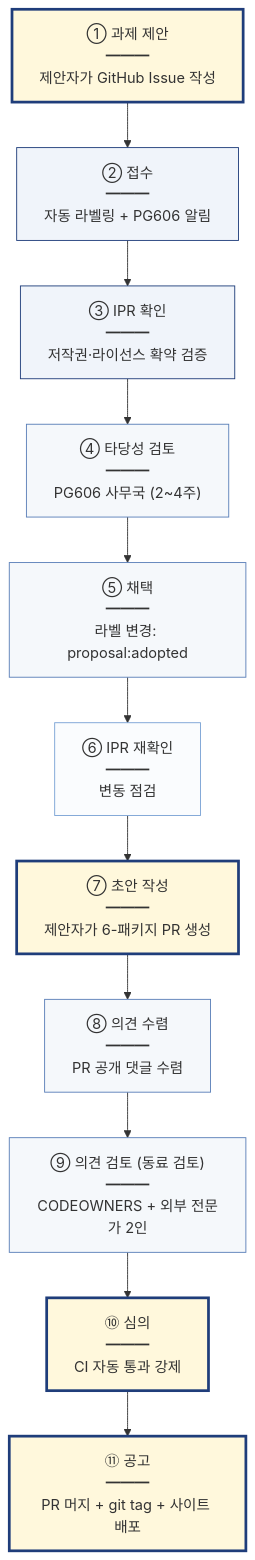
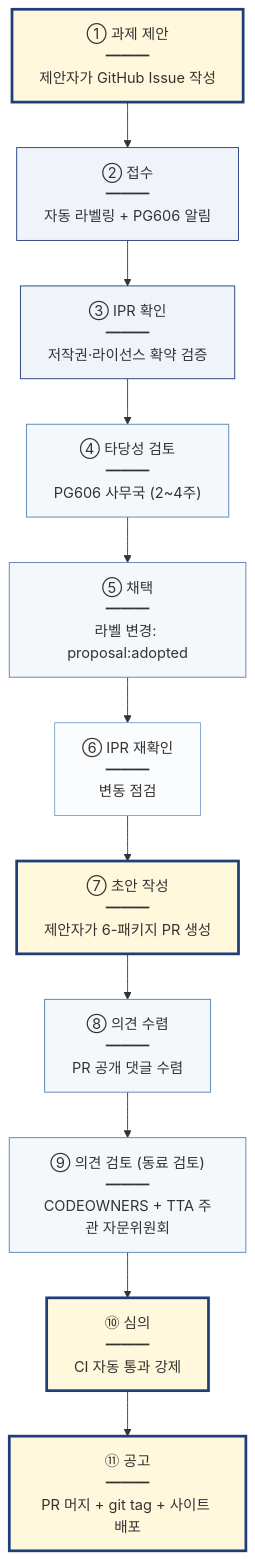
One commit to ai-ready-standards/tta-ai-ready changed the diagram in docs/lifecycle.md. Above: the diagram before and after it, drawn with Mermaid. The commit also changed other lines of this file and 2 other files, not shown here.

First line of the commit message:
feat(governance): B-6/B-7 거버넌스 효율화 — TTA 주관 자문위원회 도입

````diff
--- a/docs/lifecycle.md
+++ b/docs/lifecycle.md
@@ -14,28 +14,28 @@
 ```mermaid
 flowchart TB
     S0["① 과제 제안<br/>━━━<br/>제안자가 GitHub Issue 작성"]
     S1["② 접수<br/>━━━<br/>자동 라벨링 + PG606 알림"]
     S2["③ IPR 확인<br/>━━━<br/>저작권·라이선스 확약 검증"]
     S3["④ 타당성 검토<br/>━━━<br/>PG606 사무국 (2~4주)"]
     S4["⑤ 채택<br/>━━━<br/>라벨 변경: proposal:adopted"]
     S5["⑥ IPR 재확인<br/>━━━<br/>변동 점검"]
     S6["⑦ 초안 작성<br/>━━━<br/>제안자가 6-패키지 PR 생성"]
     S7["⑧ 의견 수렴<br/>━━━<br/>PR 공개 댓글 수렴"]
-    S8["⑨ 의견 검토 (동료 검토)<br/>━━━<br/>CODEOWNERS + 외부 전문가 2인"]
+    S8["⑨ 의견 검토 (동료 검토)<br/>━━━<br/>CODEOWNERS + TTA 주관 자문위원회"]
     S9["⑩ 심의<br/>━━━<br/>CI 자동 통과 강제"]
     S10["⑪ 공고<br/>━━━<br/>PR 머지 + git tag + 사이트 배포"]
 
     S0 --> S1 --> S2 --> S3 --> S4 --> S5 --> S6 --> S7 --> S8 --> S9 --> S10
 
     style S0 fill:#FFF8DC,stroke:#1F3D7A,stroke-width:3px
     style S6 fill:#FFF8DC,stroke:#1F3D7A,stroke-width:3px
     style S9 fill:#FFF8DC,stroke:#1F3D7A,stroke-width:3px
     style S10 fill:#FFF8DC,stroke:#1F3D7A,stroke-width:3px
     style S1 fill:#F0F4FA,stroke:#1F3D7A
     style S2 fill:#F0F4FA,stroke:#1F3D7A
     style S3 fill:#F5F8FB,stroke:#5A7FB8
     style S4 fill:#F5F8FB,stroke:#5A7FB8
     style S5 fill:#FAFCFE,stroke:#7AA3D5
     style S7 fill:#F5F8FB,stroke:#5A7FB8
     style S8 fill:#F5F8FB,stroke:#5A7FB8
 ```
````
